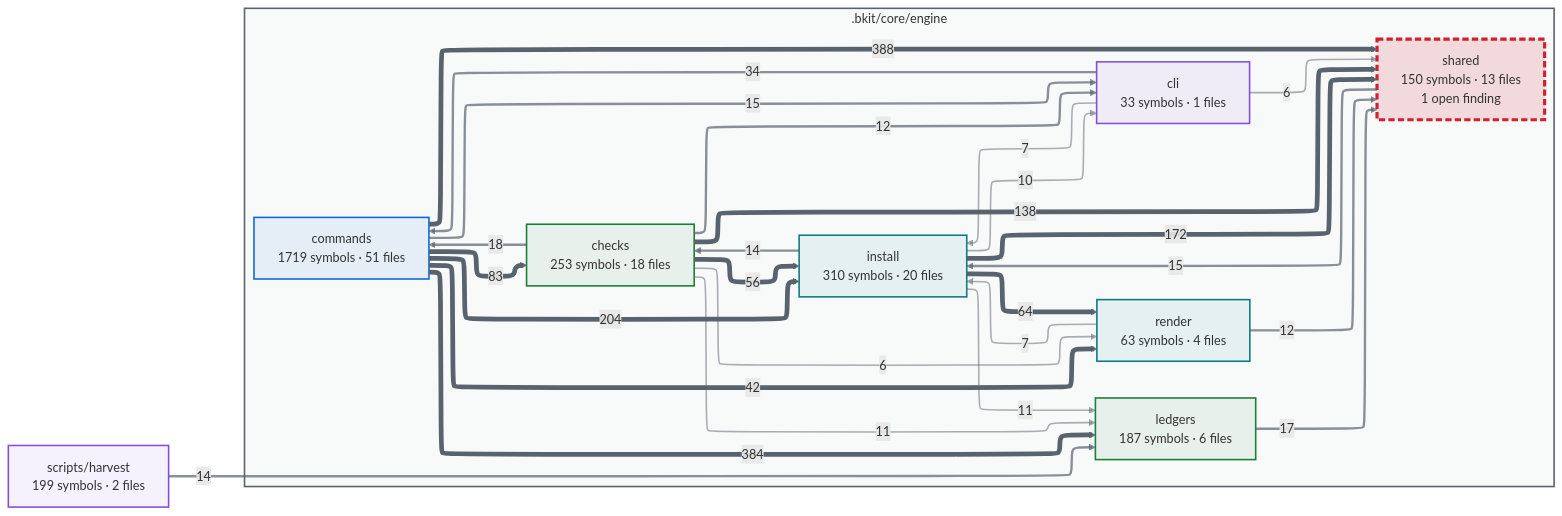
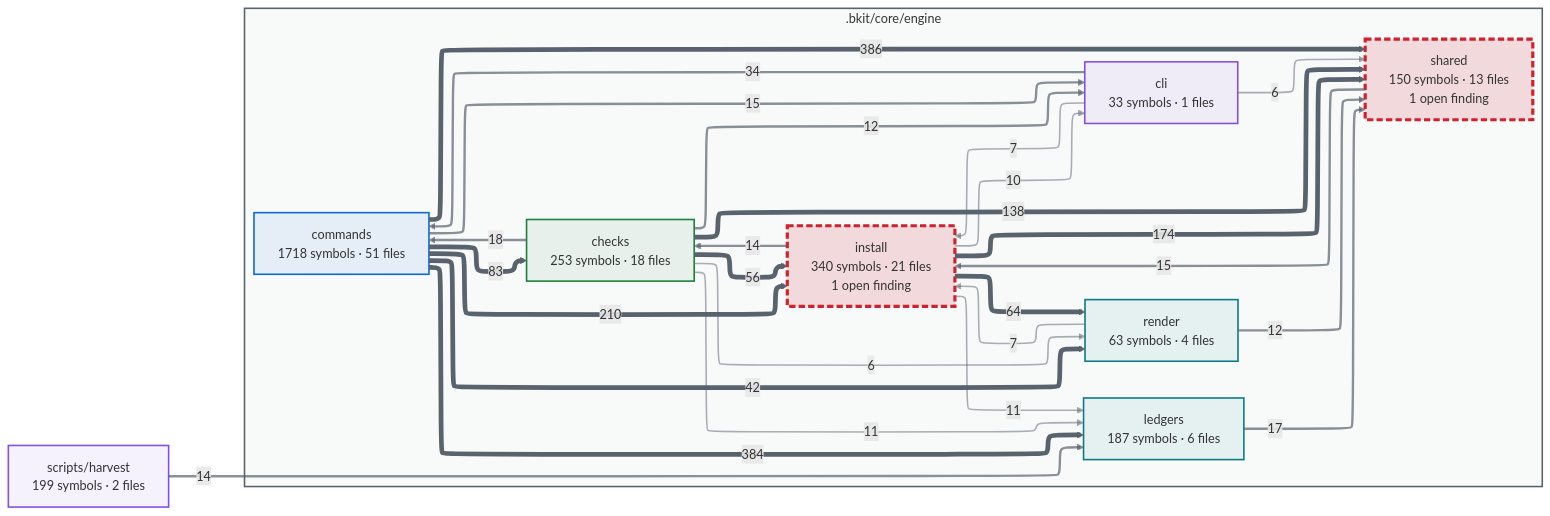
Before and after one commit to cbartens/bkit: the first of 2 diagrams in docs/capabilities.md, drawn with Mermaid. The commit also changed other lines of this file and 18 other files, not shown here.

````diff
--- a/docs/capabilities.md
+++ b/docs/capabilities.md
@@ -154,80 +154,80 @@
 ```mermaid
 ---
 config:
   layout: elk
   themeCSS: "marker { overflow: visible; } marker path { transform: scale(1.8); transform-origin: 5px 5px; }"
   flowchart:
     useMaxWidth: false
 ---
 flowchart LR
   %% Generated by bkit-graphify-rollup.py — do not edit
   subgraph gn_bkit_core_engine[".bkit/core/engine"]
     n_bkit_core_engine_checks["checks<br/>253 symbols · 18 files"]
     n_bkit_core_engine_cli["cli<br/>33 symbols · 1 files"]
-    n_bkit_core_engine_commands["commands<br/>1719 symbols · 51 files"]
-    n_bkit_core_engine_install["install<br/>310 symbols · 20 files"]
+    n_bkit_core_engine_commands["commands<br/>1718 symbols · 51 files"]
+    n_bkit_core_engine_install["install<br/>340 symbols · 21 files<br/>1 open finding"]
     n_bkit_core_engine_ledgers["ledgers<br/>187 symbols · 6 files"]
     n_bkit_core_engine_render["render<br/>63 symbols · 4 files"]
     n_bkit_core_engine_shared["shared<br/>150 symbols · 13 files<br/>1 open finding"]
   end
   nscripts_harvest["scripts/harvest<br/>199 symbols · 2 files"]
-  n_bkit_core_engine_commands -->|388| n_bkit_core_engine_shared
+  n_bkit_core_engine_commands -->|386| n_bkit_core_engine_shared
   n_bkit_core_engine_commands -->|384| n_bkit_core_engine_ledgers
-  n_bkit_core_engine_commands -->|204| n_bkit_core_engine_install
-  n_bkit_core_engine_install -->|172| n_bkit_core_engine_shared
+  n_bkit_core_engine_commands -->|210| n_bkit_core_engine_install
+  n_bkit_core_engine_install -->|174| n_bkit_core_engine_shared
   n_bkit_core_engine_checks -->|138| n_bkit_core_engine_shared
   n_bkit_core_engine_commands -->|83| n_bkit_core_engine_checks
   n_bkit_core_engine_install -->|64| n_bkit_core_engine_render
   n_bkit_core_engine_checks -->|56| n_bkit_core_engine_install
   n_bkit_core_engine_commands -->|42| n_bkit_core_engine_render
   n_bkit_core_engine_cli -->|34| n_bkit_core_engine_commands
   n_bkit_core_engine_checks -->|18| n_bkit_core_engine_commands
   n_bkit_core_engine_ledgers -->|17| n_bkit_core_engine_shared
   n_bkit_core_engine_shared -->|15| n_bkit_core_engine_install
   n_bkit_core_engine_commands -->|15| n_bkit_core_engine_cli
   n_bkit_core_engine_install -->|14| n_bkit_core_engine_checks
   nscripts_harvest -->|14| n_bkit_core_engine_ledgers
   n_bkit_core_engine_checks -->|12| n_bkit_core_engine_cli
   n_bkit_core_engine_render -->|12| n_bkit_core_engine_shared
   n_bkit_core_engine_checks -->|11| n_bkit_core_engine_ledgers
   n_bkit_core_engine_install -->|11| n_bkit_core_engine_ledgers
   n_bkit_core_engine_install -->|10| n_bkit_core_engine_cli
   n_bkit_core_engine_cli -->|7| n_bkit_core_engine_install
   n_bkit_core_engine_render -->|7| n_bkit_core_engine_install
   n_bkit_core_engine_checks -->|6| n_bkit_core_engine_render
   n_bkit_core_engine_cli -->|6| n_bkit_core_engine_shared
   style gn_bkit_core_engine fill:#59636e0a,stroke:#59636e,stroke-width:2px
   style n_bkit_core_engine_checks stroke:#1a7f37,stroke-width:2px,fill:#1a7f3714
   style n_bkit_core_engine_cli stroke:#8250df,stroke-width:2px,fill:#8250df14
   style n_bkit_core_engine_commands stroke:#0969da,stroke-width:2px,fill:#0969da14
-  style n_bkit_core_engine_install stroke:#0a7b83,stroke-width:2px,fill:#0a7b8314
-  style n_bkit_core_engine_ledgers stroke:#1a7f37,stroke-width:2px,fill:#1a7f3714
+  style n_bkit_core_engine_install stroke:#cf222e,stroke-width:4px,stroke-dasharray:8 4,fill:#cf222e26
+  style n_bkit_core_engine_ledgers stroke:#0a7b83,stroke-width:2px,fill:#0a7b8314
   style n_bkit_core_engine_render stroke:#0a7b83,stroke-width:2px,fill:#0a7b8314
   style n_bkit_core_engine_shared stroke:#cf222e,stroke-width:4px,stroke-dasharray:8 4,fill:#cf222e26
   style nscripts_harvest stroke:#8250df,stroke-width:2px,fill:#8250df14
   linkStyle 0 stroke:#59636e,stroke-width:6px
   linkStyle 1 stroke:#59636e,stroke-width:6px
   linkStyle 2 stroke:#59636e,stroke-width:6px
   linkStyle 3 stroke:#59636e,stroke-width:6px
   linkStyle 4 stroke:#59636e,stroke-width:6px
   linkStyle 5 stroke:#59636e,stroke-width:6px
   linkStyle 6 stroke:#59636e,stroke-width:6px
   linkStyle 7 stroke:#59636e,stroke-width:6px
   linkStyle 8 stroke:#59636e,stroke-width:6px
   linkStyle 9 stroke:#59636eb3,stroke-width:3px
   linkStyle 10 stroke:#59636eb3,stroke-width:3px
   linkStyle 11 stroke:#59636eb3,stroke-width:3px
   linkStyle 12 stroke:#59636eb3,stroke-width:3px
   linkStyle 13 stroke:#59636eb3,stroke-width:3px
   linkStyle 14 stroke:#59636eb3,stroke-width:3px
   linkStyle 15 stroke:#59636eb3,stroke-width:3px
   linkStyle 16 stroke:#59636eb3,stroke-width:3px
   linkStyle 17 stroke:#59636eb3,stroke-width:3px
   linkStyle 18 stroke:#59636e80,stroke-width:2px
   linkStyle 19 stroke:#59636e80,stroke-width:2px
   linkStyle 20 stroke:#59636e80,stroke-width:2px
   linkStyle 21 stroke:#59636e80,stroke-width:2px
   linkStyle 22 stroke:#59636e80,stroke-width:2px
   linkStyle 23 stroke:#59636e80,stroke-width:2px
   linkStyle 24 stroke:#59636e80,stroke-width:2px
 ```
````
